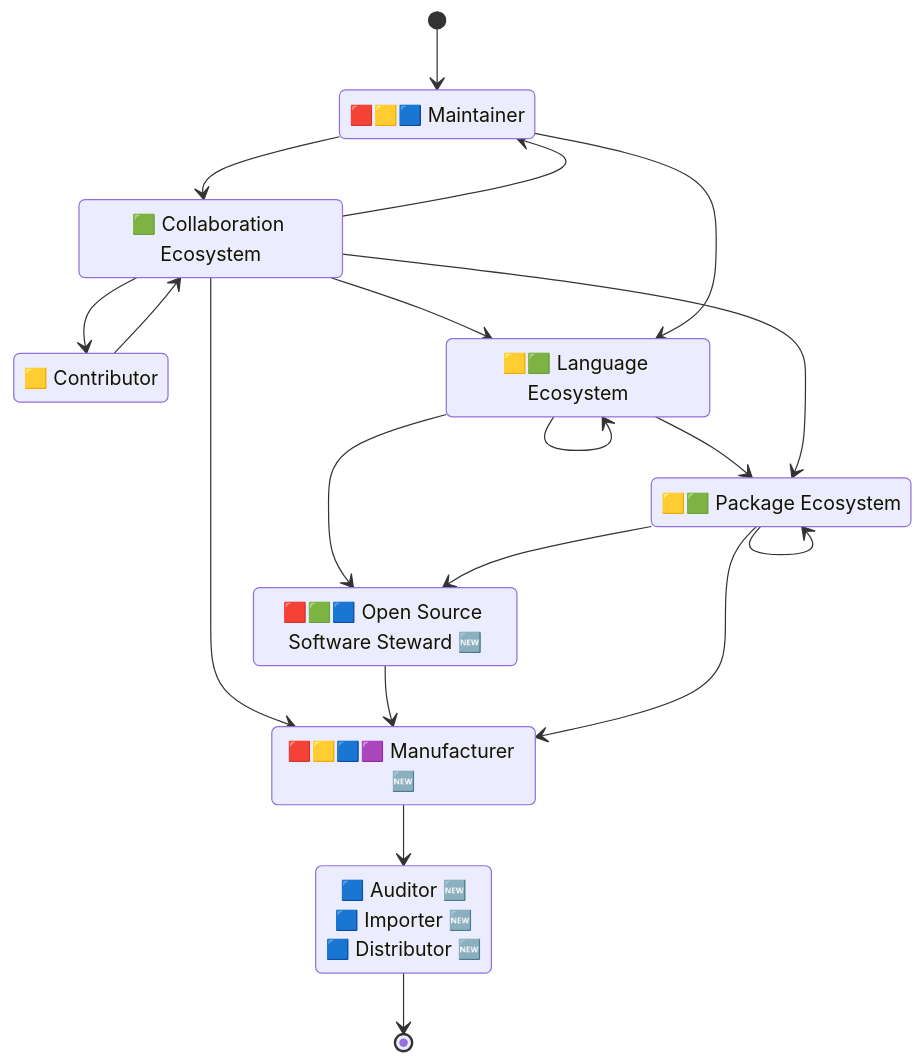
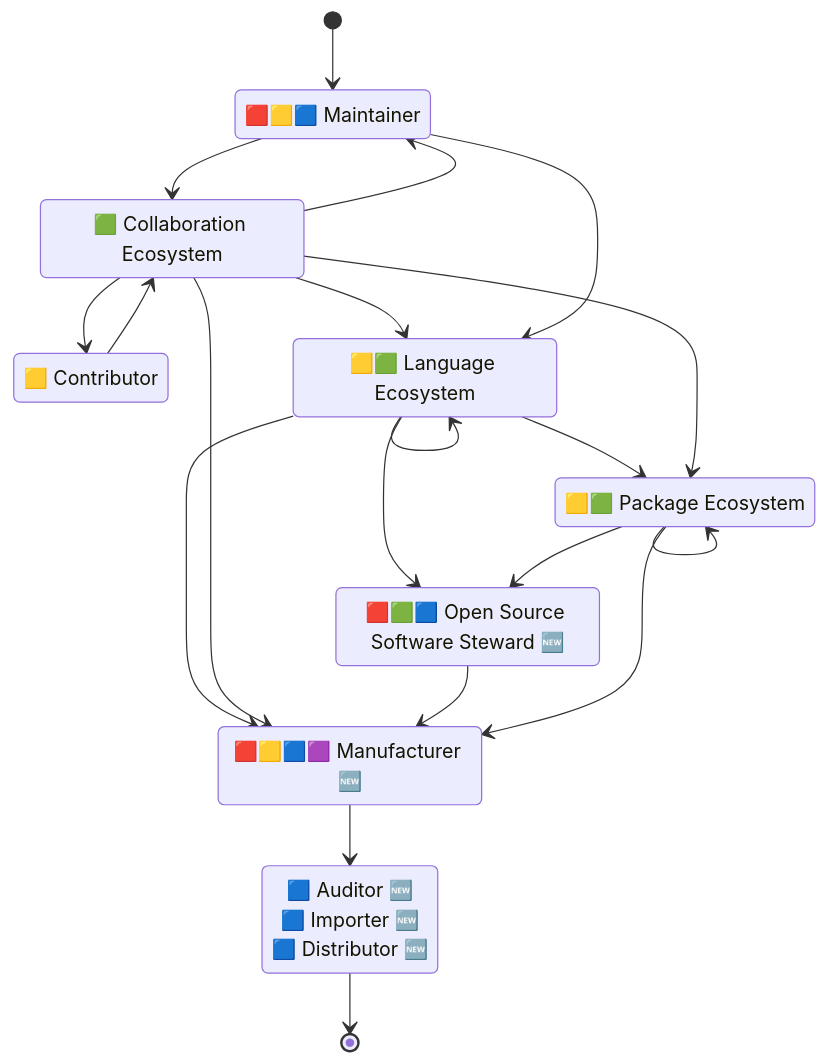
Before and after one commit to CPAN-Security/security.metacpan.org: the second of 5 diagrams in docs/supplychain-sbom.md, drawn with Mermaid. The commit also changed other lines of this file, not shown here.

````diff
--- a/docs/supplychain-sbom.md
+++ b/docs/supplychain-sbom.md
@@ -127,37 +127,38 @@
 ```mermaid
 stateDiagram-v2
     direction TB
 
     state "🟥🟨🟦 Maintainer" as environment_maintainer
     state "🟨 Contributor" as environment_contributor
     state "🟩 Collaboration Ecosystem" as ecosystem_repo
     state "🟨🟩 Language Ecosystem" as ecosystem_lang
     state "🟨🟩 Package Ecosystem" as ecosystem_package
     %%state "🟥 Attestation Authority 🆕" as authority_attestation
     state "🟥🟩🟦 Open Source Software Steward 🆕" as ecosystem_steward
     state "🟥🟨🟦🟪 Manufacturer 🆕" as environment_manufacturer
     state "🟦 Auditor 🆕<br>🟦 Importer 🆕<br>🟦 Distributor 🆕" as authority_auditor
 
     [*]                      --> environment_maintainer
     ecosystem_repo           --> environment_maintainer
     ecosystem_repo           --> environment_contributor
     ecosystem_lang           --> ecosystem_package
+    ecosystem_lang           --> environment_manufacturer
     ecosystem_repo           --> ecosystem_package
     ecosystem_repo           --> ecosystem_lang
     ecosystem_repo           --> environment_manufacturer
     environment_maintainer   --> ecosystem_repo
     environment_maintainer   --> ecosystem_lang
     environment_contributor  --> ecosystem_repo
     %%authority_attestation    --> ecosystem_steward
     ecosystem_package        --> ecosystem_package
     ecosystem_lang           --> ecosystem_steward
     ecosystem_package        --> ecosystem_steward
     ecosystem_steward        --> environment_manufacturer
     environment_manufacturer --> authority_auditor
     ecosystem_package        --> environment_manufacturer
     ecosystem_lang           --> ecosystem_lang
     authority_auditor        --> [*]
 
     %% Copyright © 2024 Salve J. Nilsen <sjn@oslo.pm>
     %% Some rights reserved. Licensed CC-BY-SA-4.0
 ```
````
